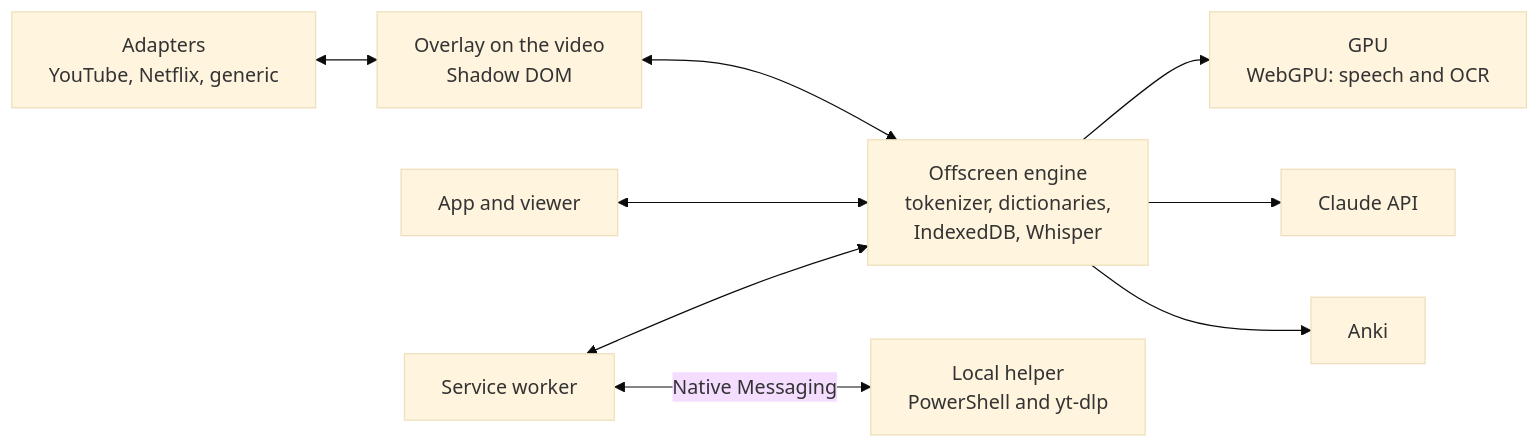
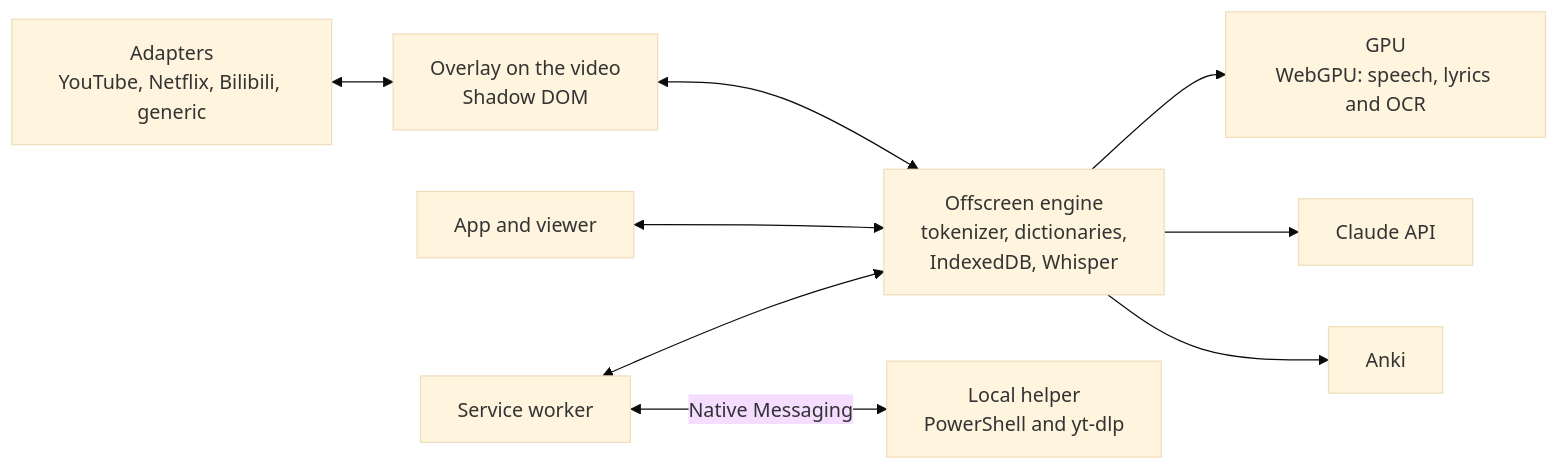
One commit to Eliam4510/kotonoha changed the second of 2 diagrams in README.en.md. Above: the diagram before and after it, drawn with Mermaid (base theme). The commit also changed other lines of this file and 21 other files, not shown here.

````diff
--- a/README.en.md
+++ b/README.en.md
@@ -240,11 +237,11 @@
 ```mermaid
 flowchart LR
-  P["Adapters<br/>YouTube, Netflix, generic"] <--> C["Overlay on the video<br/>Shadow DOM"]
+  P["Adapters<br/>YouTube, Netflix, Bilibili, generic"] <--> C["Overlay on the video<br/>Shadow DOM"]
   C <--> M["Offscreen engine<br/>tokenizer, dictionaries,<br/>IndexedDB, Whisper"]
   A["App and viewer"] <--> M
-  M --> G["GPU<br/>WebGPU: speech and OCR"]
+  M --> G["GPU<br/>WebGPU: speech, lyrics and OCR"]
   M --> CL["Claude API"]
   M --> AN["Anki"]
   S["Service worker"] <--> M
   S <-->|Native Messaging| H["Local helper<br/>PowerShell and yt-dlp"]
 ```
````
